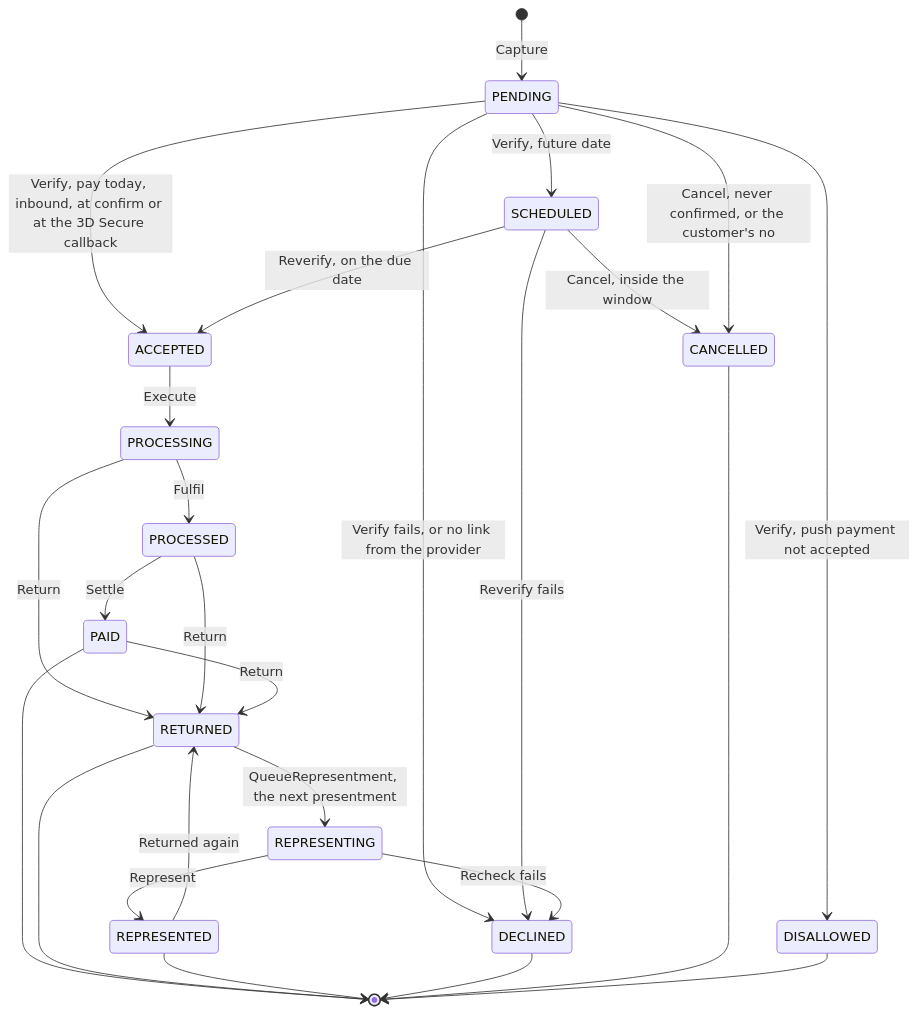
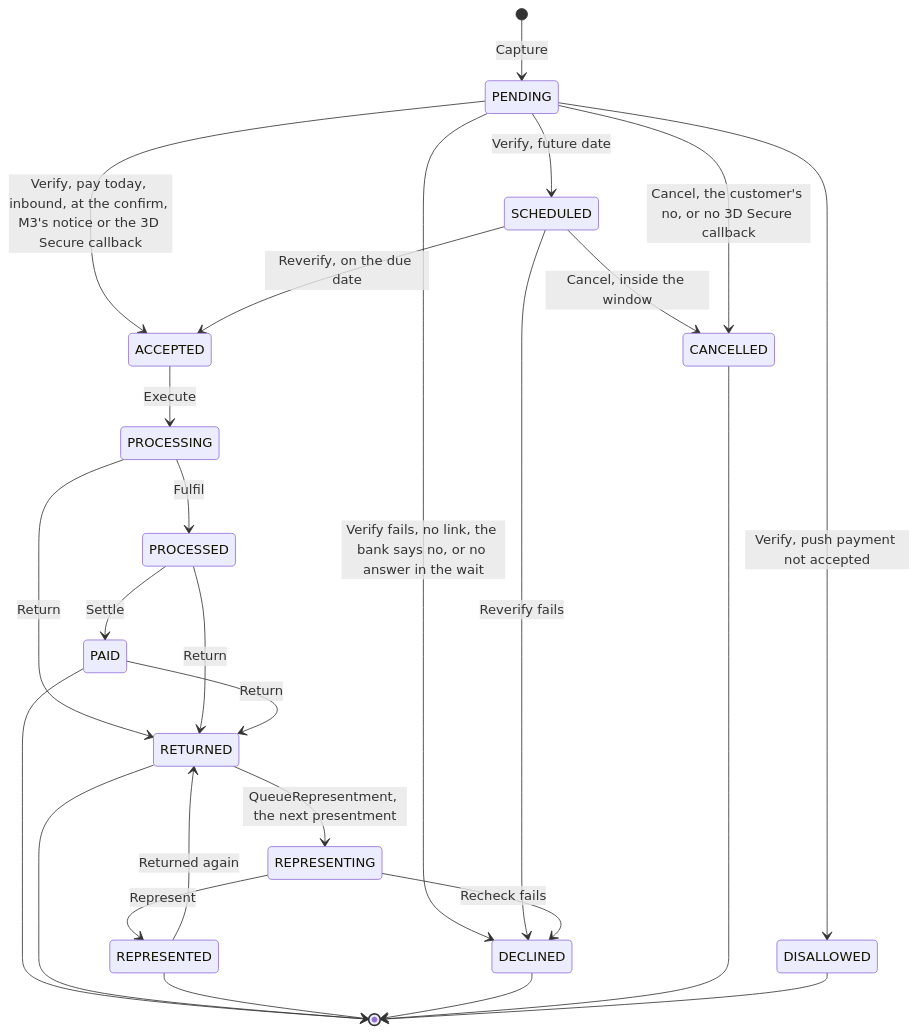
One commit to arunav-bhattacharya/billpay-book changed the first of 2 diagrams in docs/Wiki_Spec.md. Above: the diagram before and after it, drawn with Mermaid. The commit also changed other lines of this file and 52 other files, not shown here.

First line of the commit message:
Payment page filters, Pay by Bank through Amex PwBT and M3 settlement

````diff
--- a/docs/Wiki_Spec.md
+++ b/docs/Wiki_Spec.md
@@ -2098,28 +2143,28 @@
 ```mermaid
 stateDiagram-v2
     [*] --> PENDING: Capture
-    PENDING --> ACCEPTED: Verify, pay today, inbound, at confirm or at the 3D Secure callback
+    PENDING --> ACCEPTED: Verify, pay today, inbound, at the confirm, M3's notice or the 3D Secure callback
     PENDING --> SCHEDULED: Verify, future date
-    PENDING --> DECLINED: Verify fails, or no link from the provider
+    PENDING --> DECLINED: Verify fails, no link, the bank says no, or no answer in the wait
     PENDING --> DISALLOWED: Verify, push payment not accepted
     SCHEDULED --> ACCEPTED: Reverify, on the due date
     SCHEDULED --> DECLINED: Reverify fails
     SCHEDULED --> CANCELLED: Cancel, inside the window
-    PENDING --> CANCELLED: Cancel, never confirmed, or the customer's no
+    PENDING --> CANCELLED: Cancel, the customer's no, or no 3D Secure callback
     ACCEPTED --> PROCESSING: Execute
     PROCESSING --> PROCESSED: Fulfil
     PROCESSED --> PAID: Settle
     PROCESSING --> RETURNED: Return
     PROCESSED --> RETURNED: Return
     PAID --> RETURNED: Return
     RETURNED --> REPRESENTING: QueueRepresentment, the next presentment
     REPRESENTING --> REPRESENTED: Represent
     REPRESENTING --> DECLINED: Recheck fails
     REPRESENTED --> RETURNED: Returned again
     PAID --> [*]
     RETURNED --> [*]
     REPRESENTED --> [*]
     DECLINED --> [*]
     CANCELLED --> [*]
     DISALLOWED --> [*]
 ```
````
